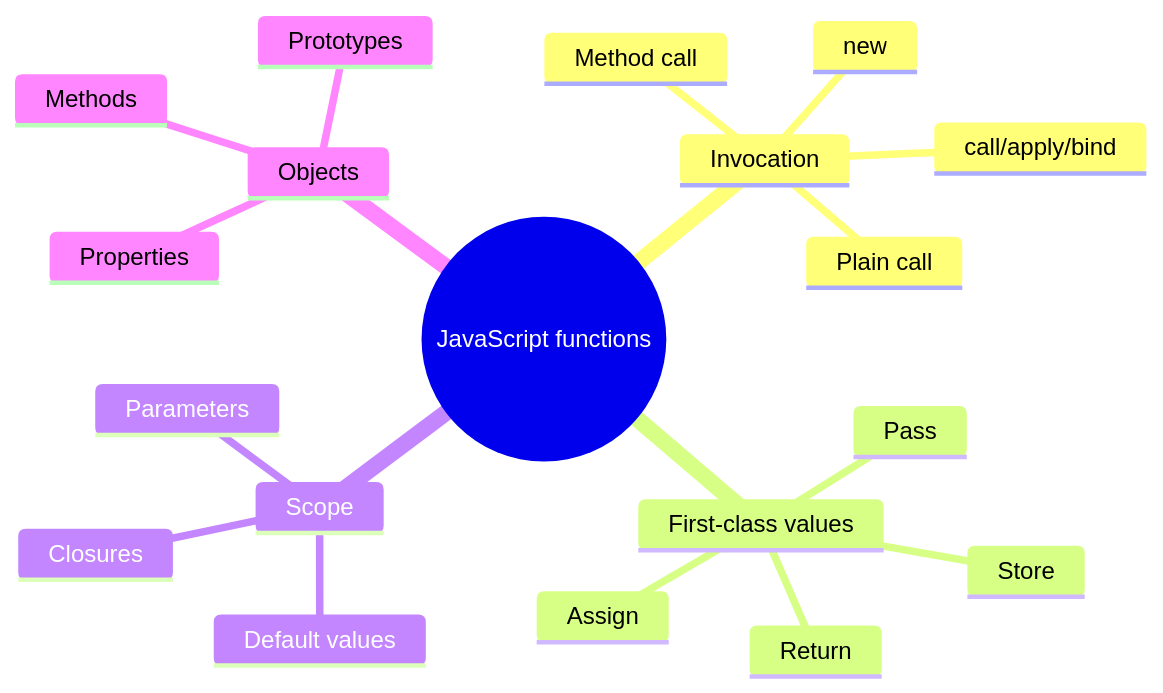
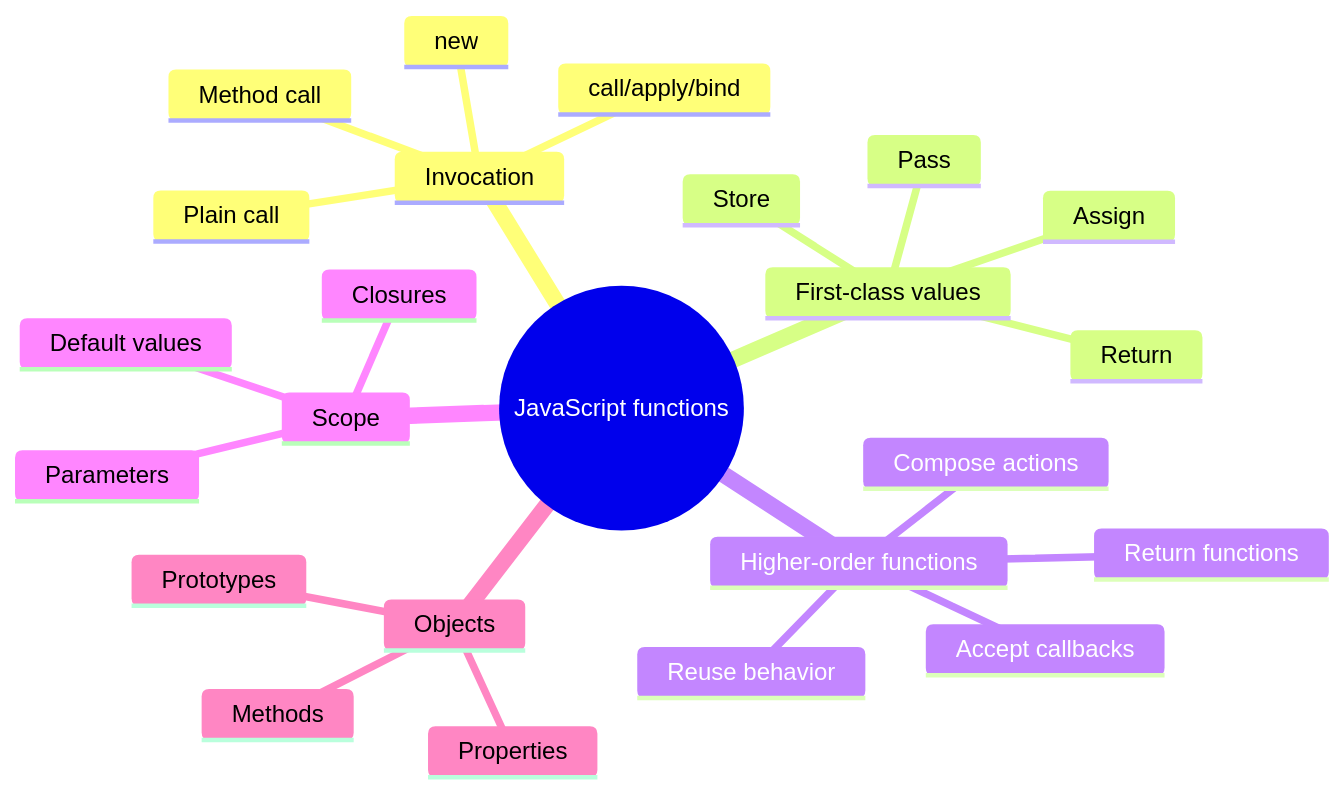
One commit to raushanapp/advance_javascript_Andre changed the seventh of 7 diagrams in the_two_pillars/two_pillars.md. Above: the diagram before and after it, drawn with Mermaid. The commit also changed other lines of this file and 2 other files, not shown here.

Commit message:
Add higher-order functions examples and documentation

````diff
--- a/the_two_pillars/two_pillars.md
+++ b/the_two_pillars/two_pillars.md
@@ -249,22 +388,27 @@
 ```mermaid
 mindmap
   root((JavaScript functions))
     Invocation
       Plain call
       Method call
       call/apply/bind
       new
     First-class values
       Assign
       Pass
       Return
       Store
+    Higher-order functions
+      Accept callbacks
+      Return functions
+      Reuse behavior
+      Compose actions
     Scope
       Parameters
       Default values
       Closures
     Objects
       Properties
       Methods
       Prototypes
 ```
````
